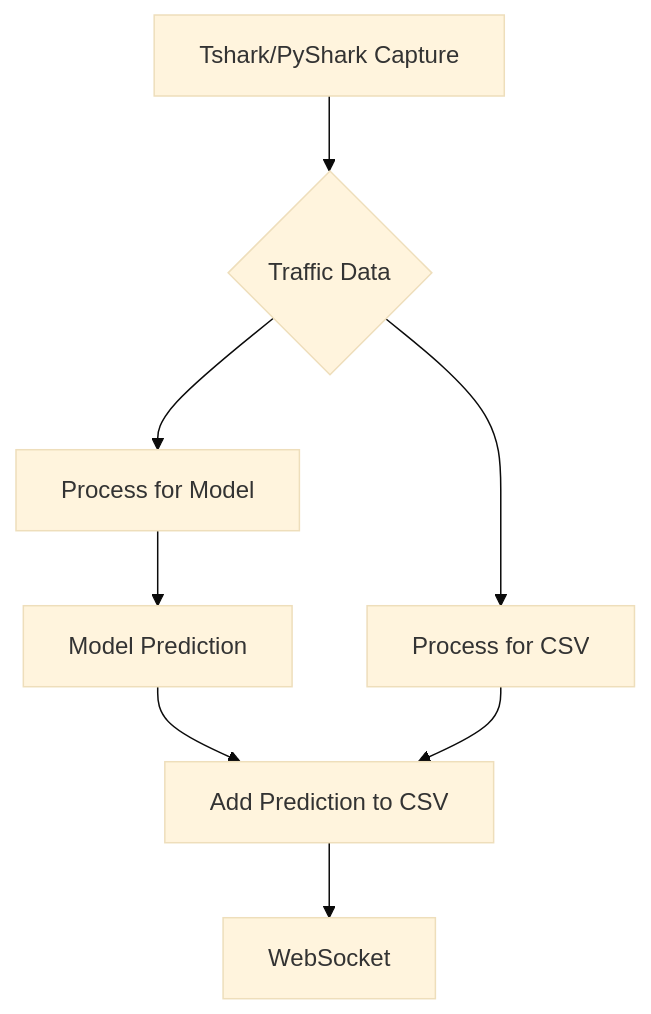
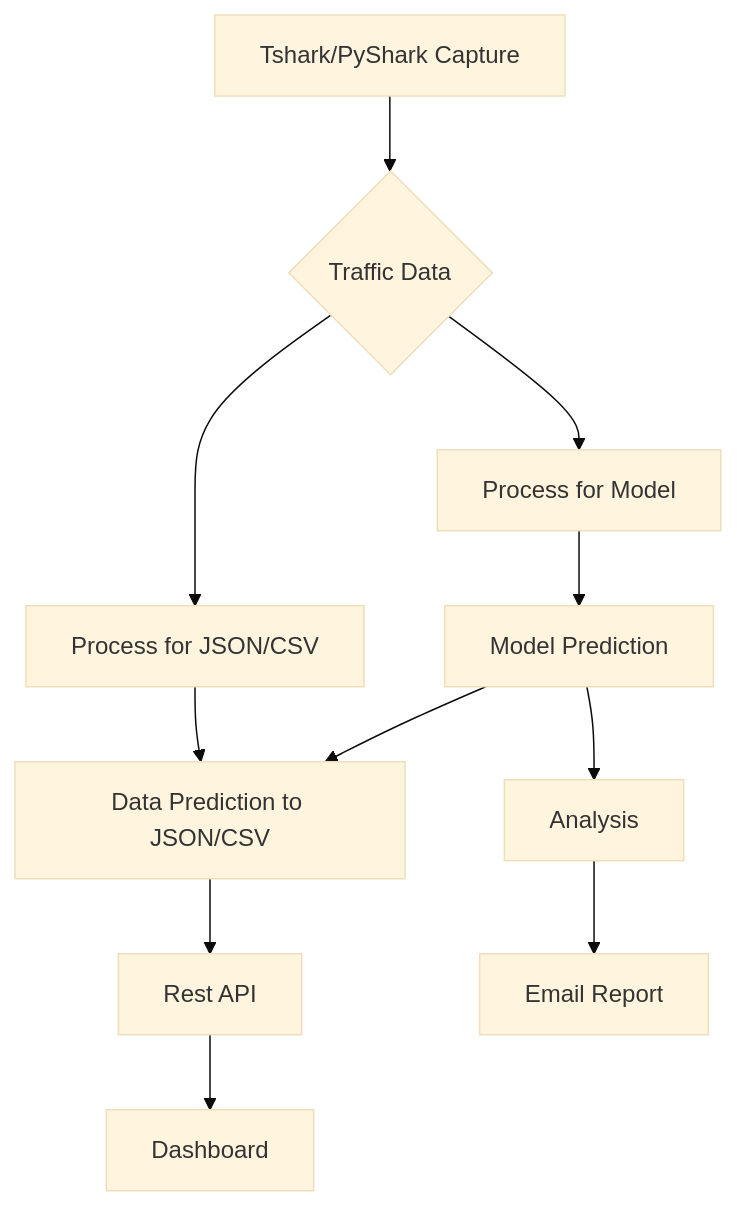
One commit to hharieta/PySisaGuard changed the diagram in README.md. Above: the diagram before and after it, drawn with Mermaid (base theme). The commit also changed other lines of this file and 11 other files, not shown here.

````diff
--- a/README.md
+++ b/README.md
@@ -7,10 +7,13 @@
 ```mermaid
 graph TD;
     A[Tshark/PyShark Capture] --> B{Traffic Data}
     B --> C[Process for Model]
-    B --> D[Process for CSV]
+    B --> D[Process for JSON/CSV]
     C --> E[Model Prediction]
-    E --> F[Add Prediction to CSV]
+    E --> F[Data Prediction to JSON/CSV]
     D --> F
-    F --> G[WebSocket]
+    F --> G[Rest API]
+    E --> H[Analysis]
+    H --> I[Email Report]
+    G --> J[Dashboard]
 ```
````
